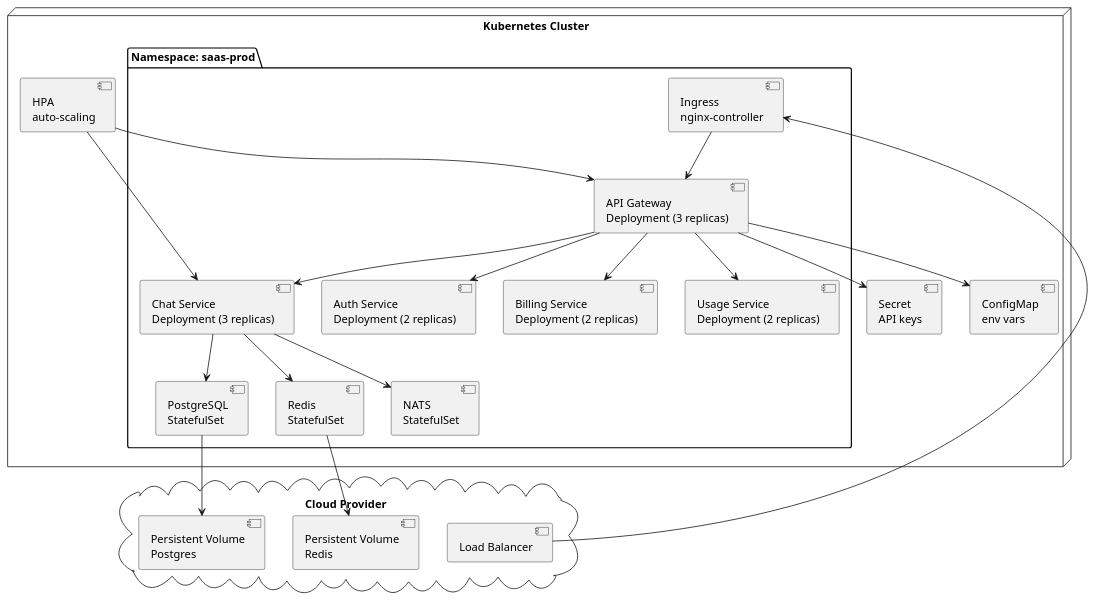
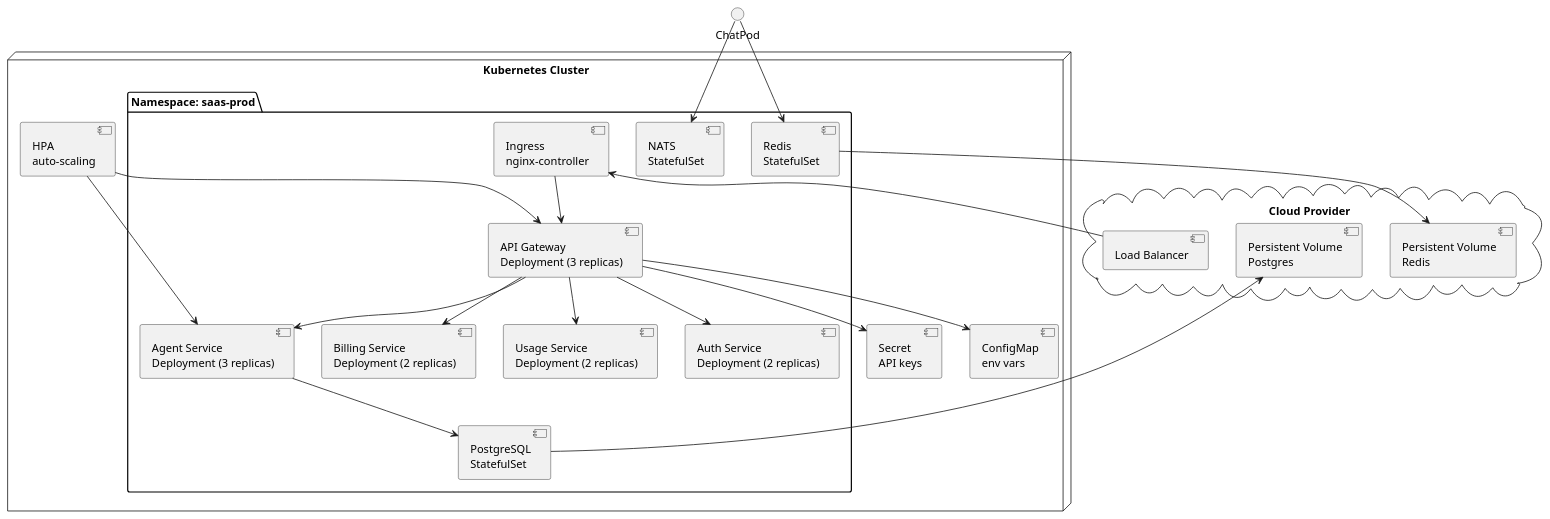
Before and after one commit to UNCSM-r0m0/go-saas-api: the ninth of 10 diagrams in docs/ARCHITECTURE.md, drawn with PlantUML. The commit also changed other lines of this file and 7 other files, not shown here.

````diff
--- a/docs/ARCHITECTURE.md
+++ b/docs/ARCHITECTURE.md
@@ -866,52 +866,52 @@
 ```plantuml
 @startuml
 node "Kubernetes Cluster" {
     
     package "Namespace: saas-prod" {
         
         [Ingress\nnginx-controller] as Ingress
         
         [API Gateway\nDeployment (3 replicas)] as GWPod
-        [Chat Service\nDeployment (3 replicas)] as ChatPod
+        [Agent Service\nDeployment (3 replicas)] as AgentPod
         [Auth Service\nDeployment (2 replicas)] as AuthPod
         [Billing Service\nDeployment (2 replicas)] as BillPod
         [Usage Service\nDeployment (2 replicas)] as UsagePod
         
         [PostgreSQL\nStatefulSet] as PGState
         [Redis\nStatefulSet] as RedisState
         [NATS\nStatefulSet] as NATSState
         
     }
     
     [ConfigMap\nenv vars] as CM
     [Secret\nAPI keys] as Secret
     [HPA\nauto-scaling] as HPA
 }
 
 cloud "Cloud Provider" {
     [Load Balancer] as LB
     [Persistent Volume\nPostgres] as PVPG
     [Persistent Volume\nRedis] as PVRedis
 }
 
 LB --> Ingress
 Ingress --> GWPod
-GWPod --> ChatPod
+GWPod --> AgentPod
 GWPod --> AuthPod
 GWPod --> BillPod
 GWPod --> UsagePod
 
-ChatPod --> PGState
+AgentPod --> PGState
 ChatPod --> RedisState
 ChatPod --> NATSState
 
 GWPod --> CM
 GWPod --> Secret
 HPA --> GWPod
-HPA --> ChatPod
+HPA --> AgentPod
 
 PGState --> PVPG
 RedisState --> PVRedis
 
 @enduml
 ```
````
